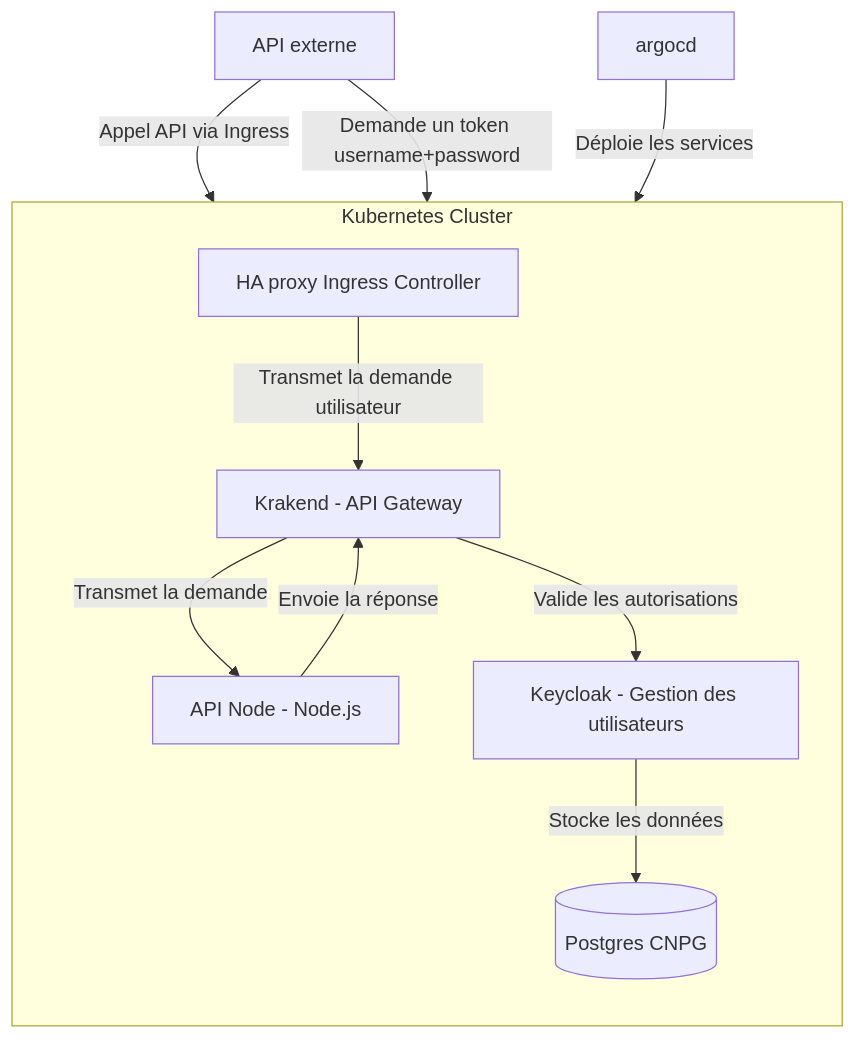
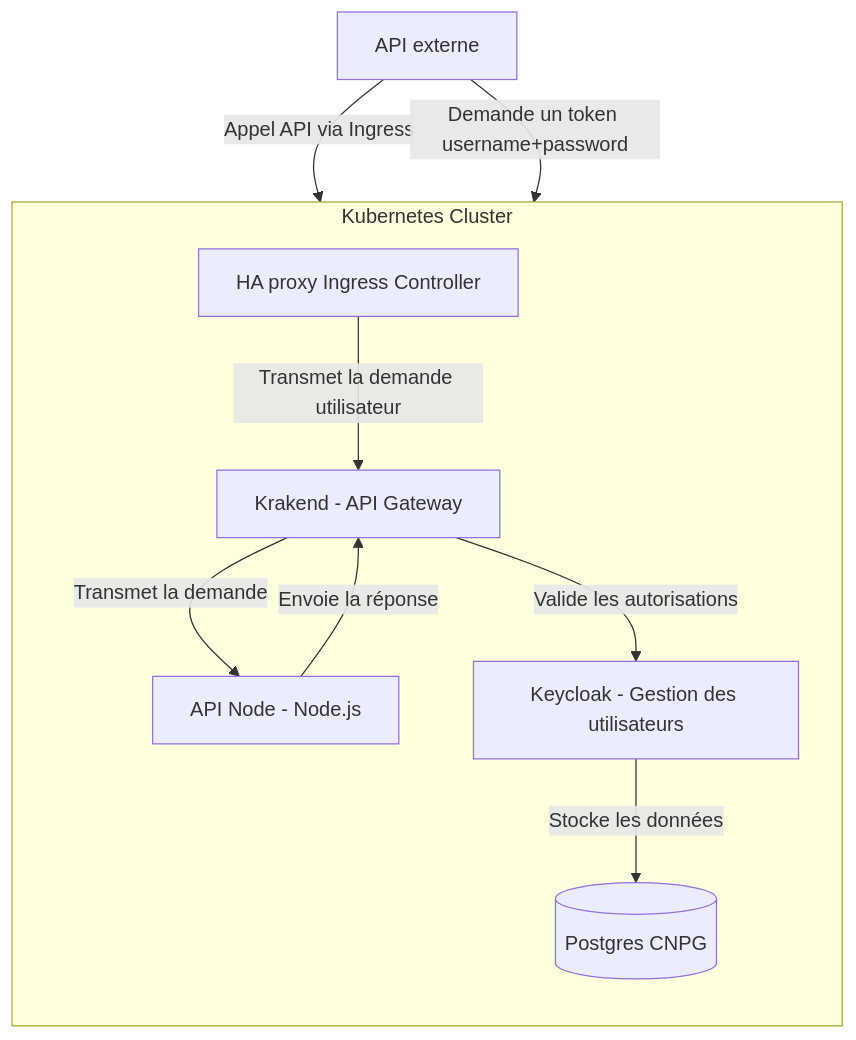
The first of 2 diagrams in apim/krakend/README.md (cloud-pi-native/exemples_ServiceTeam), drawn with Mermaid before and after one commit.

Commit message:
krakend doc schema

````diff
--- a/apim/krakend/README.md
+++ b/apim/krakend/README.md
@@ -22,23 +22,20 @@
 ```mermaid
 flowchart TB
     subgraph k8s_cluster[Kubernetes Cluster]
         direction TB
         ingress[HA proxy Ingress Controller]
         krakend[Krakend - API Gateway]
         node_api[API Node - Node.js]
         keycloak[Keycloak - Gestion des utilisateurs]
         postgres[(Postgres CNPG)] 
         ingress -->|Transmet la demande utilisateur| krakend
         krakend -->|Transmet la demande| node_api 
         node_api -->|Envoie la réponse| krakend
         keycloak -->|Stocke les données| postgres
     end
 
     user_api[API externe]
     user_api -->|Appel API via Ingress| ingress
     user_api -->|Demande un token username+password| keycloak
     krakend -->|Valide les autorisations| keycloak
-
-    %% Déploiement des services via ArgoCD
-    argocd -->|Déploie les services| k8s_cluster
 ```
````
